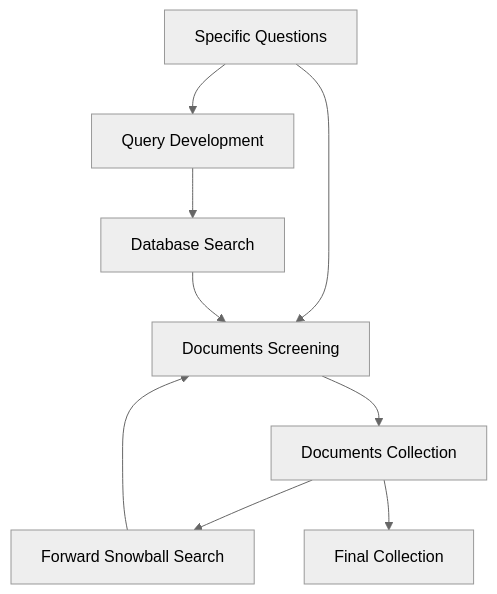
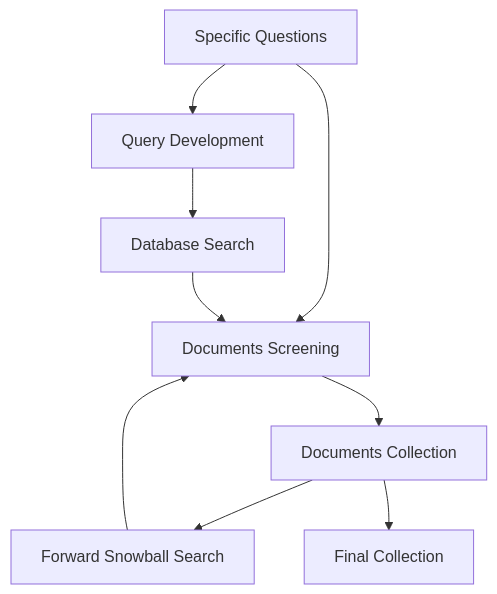
Before and after one commit to hugotseixas/tica-book: the second of 4 diagrams in 03_methods.qmd, drawn with Mermaid. The commit also changed other lines of this file, not shown here.

Commit message:
Fix diagrams alignment.

````diff
--- a/03_methods.qmd
+++ b/03_methods.qmd
@@ -59,15 +61,17 @@
 ```{mermaid}
+%%| label: fig-review-diagram
+%%| fig-cap: Mermaid diagram
 %%| fig-responsive: true
-%%{init: {'theme': 'neutral' } }%%
+%%| fig-align: center
 
 flowchart TD
     A[Specific Questions] --> B[Query Development]
     A[Specific Questions] --> C[Documents Screening]
     B[Query Development] --> D[Database Search]
     D[Database Search] --> C[Documents Screening]
     C[Documents Screening] --> E[Documents Collection]
     E[Documents Collection] --> F[Forward Snowball Search]
     F[Forward Snowball Search] --> C[Documents Screening]
     E[Documents Collection] --> G[Final Collection]
 
 ```
````
